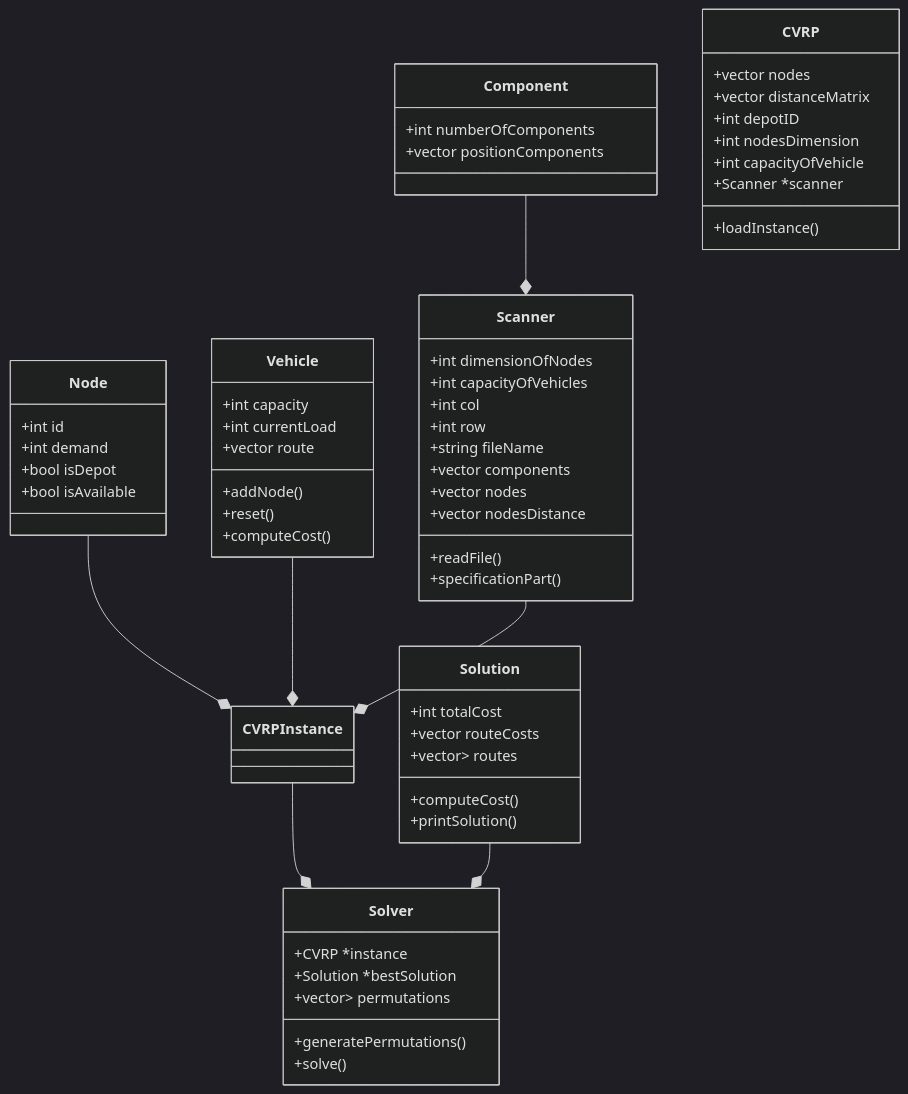
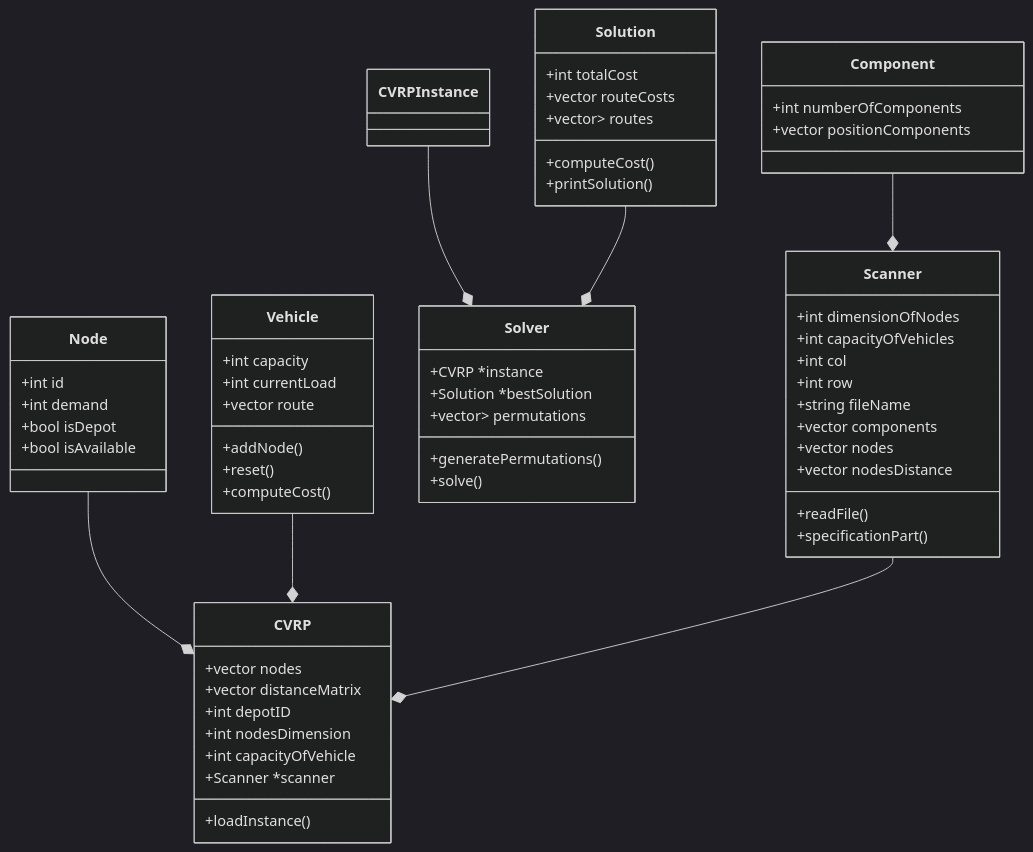
One commit to IsaacKosloski/CapacitatedVehicleRoutingProblem-BruteForce changed the first of 4 diagrams in README.md. Above: the diagram before and after it, drawn with Mermaid (dark theme).

````diff
--- a/README.md
+++ b/README.md
@@ -64,70 +64,70 @@
 ```mermaid
 classDiagram
     class Node {
         +int id
         +int demand
         +bool isDepot
         +bool isAvailable
     }
     
     class Component{
         +int numberOfComponents
         +vector<double> positionComponents
     }
 
     class Vehicle {
         +int capacity
         +int currentLoad
         +vector<int> route
         +addNode()
         +reset()
         +computeCost()
     }
 
     class CVRP {
         +vector<Node> nodes 
         +vector<double> distanceMatrix 
         +int depotID
         +int nodesDimension 
         +int capacityOfVehicle 
         +Scanner *scanner 
         +loadInstance()
         
     }
 
     class Solution {
         +int totalCost
         +vector<double> routeCosts
         +vector<vector<int>> routes
         +computeCost()
         +printSolution()
     }
 
     class Solver {
         +CVRP *instance
         +Solution *bestSolution
         +vector<vector<Node>> permutations
         +generatePermutations()
         +solve()        
     }
 
     class Scanner {
         +int dimensionOfNodes
         +int capacityOfVehicles
         +int col
         +int row
         +string fileName
         +vector<Component> components
         +vector<Node> nodes
         +vector<double> nodesDistance
         +readFile()
         +specificationPart()
     }
     
     Component --* Scanner
-    Node --* CVRPInstance
-    Vehicle --* CVRPInstance
+    Node --* CVRP
+    Vehicle --* CVRP
     CVRPInstance --* Solver
     Solution --* Solver
-    Scanner --* CVRPInstance
+    Scanner --* CVRP
 ```
````
